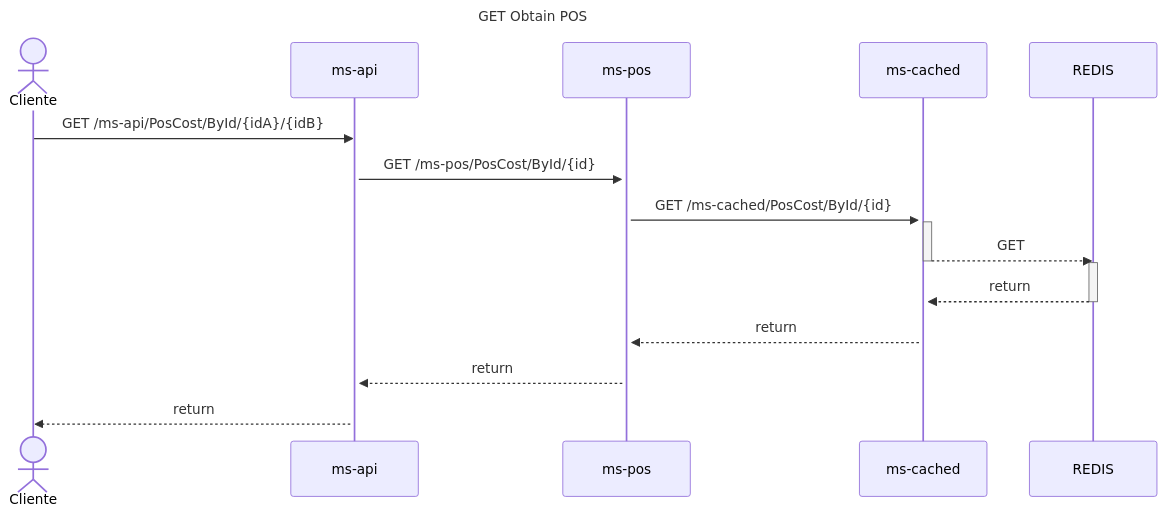
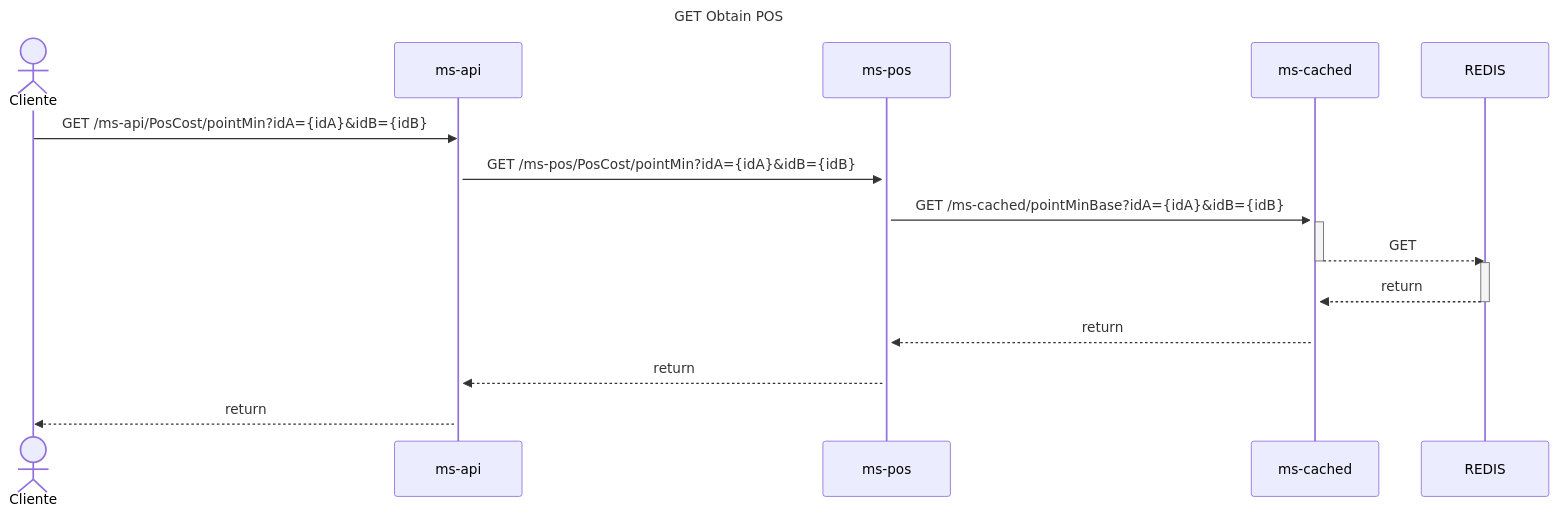
One commit to sailenicolas/JavaChallenge changed the tenth of 12 diagrams in README.md. Above: the diagram before and after it, drawn with Mermaid. The commit also changed other lines of this file, not shown here.

Commit message:
Update API endpoints in README for clarity

````diff
--- a/README.md
+++ b/README.md
@@ -371,24 +371,24 @@
 ```mermaid
 sequenceDiagram
 title GET Obtain POS
     actor Cliente
     participant api as ms-api
     participant pos as ms-pos
     participant cached as ms-cached
     participant datos as REDIS
-    Cliente->>api: GET /ms-api/PosCost/ById/{idA}/{idB}
+    Cliente->>api: GET /ms-api/PosCost/pointMin?idA={idA}&idB={idB}
     activate api
     activate pos
-    api->>pos: GET /ms-pos/PosCost/ById/{id}
+    api->>pos: GET /ms-pos/PosCost/pointMin?idA={idA}&idB={idB}
     activate cached
-    pos->>cached: GET /ms-cached/PosCost/ById/{id}
+    pos->>cached: GET /ms-cached/pointMinBase?idA={idA}&idB={idB}
     activate cached
     cached -->> datos: GET
     deactivate cached
     activate datos
     datos -->> cached: return
     deactivate datos
     cached -->> pos: return
     pos -->> api: return
     api -->> Cliente: return
 ```
````
